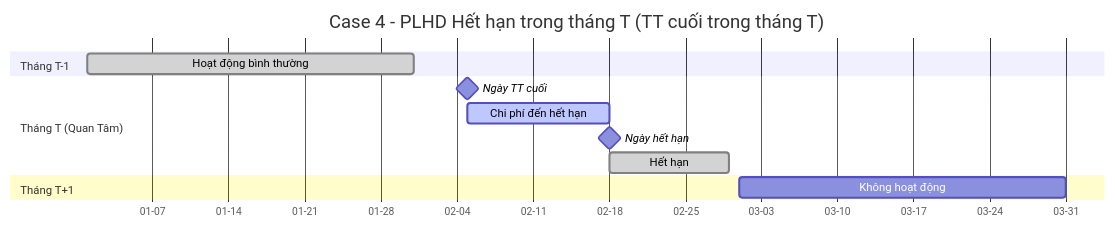
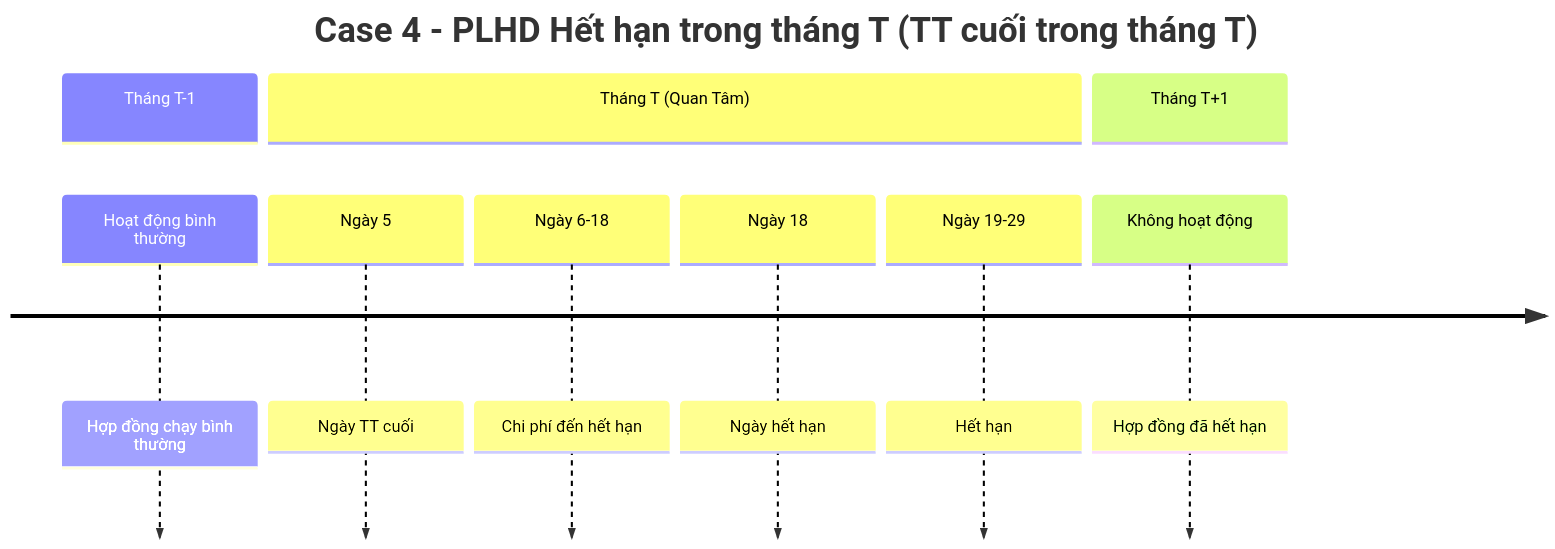
One commit to gvkth/qlbts_analyze_2o2adj- changed the fifth of 9 diagrams in description_v2.md. Above: the diagram before and after it, drawn with Mermaid. The commit also changed other lines of this file, not shown here.

Commit message:
Update Gantt chart descriptions and conditions

````diff
--- a/description_v2.md
+++ b/description_v2.md
@@ -157,18 +151,16 @@
 ```mermaid
-gantt
+timeline
     title Case 4 - PLHD Hết hạn trong tháng T (TT cuối trong tháng T)
-    dateFormat YYYY-MM-DD
-    axisFormat %m-%d
     
     section Tháng T-1
-    Hoạt động bình thường    :done, prev-month, 2024-01-01, 2024-01-31
+        Hoạt động bình thường : Hợp đồng chạy bình thường
     
     section Tháng T (Quan Tâm)
-    Ngày TT cuối            :milestone, payment-date, 2024-02-05, 0d
-    Chi phí đến hết hạn     :active, cost-period, 2024-02-05, 2024-02-18
-    Ngày hết hạn            :milestone, expire-date, 2024-02-18, 0d
-    Hết hạn                 :done, expired, 2024-02-18, 2024-02-29
+        Ngày 5 : Ngày TT cuối
+        Ngày 6-18 : Chi phí đến hết hạn
+        Ngày 18 : Ngày hết hạn
+        Ngày 19-29 : Hết hạn
     
     section Tháng T+1
-    Không hoạt động         :expired-inactive, 2024-03-01, 2024-03-31
+        Không hoạt động : Hợp đồng đã hết hạn
 ```
````
